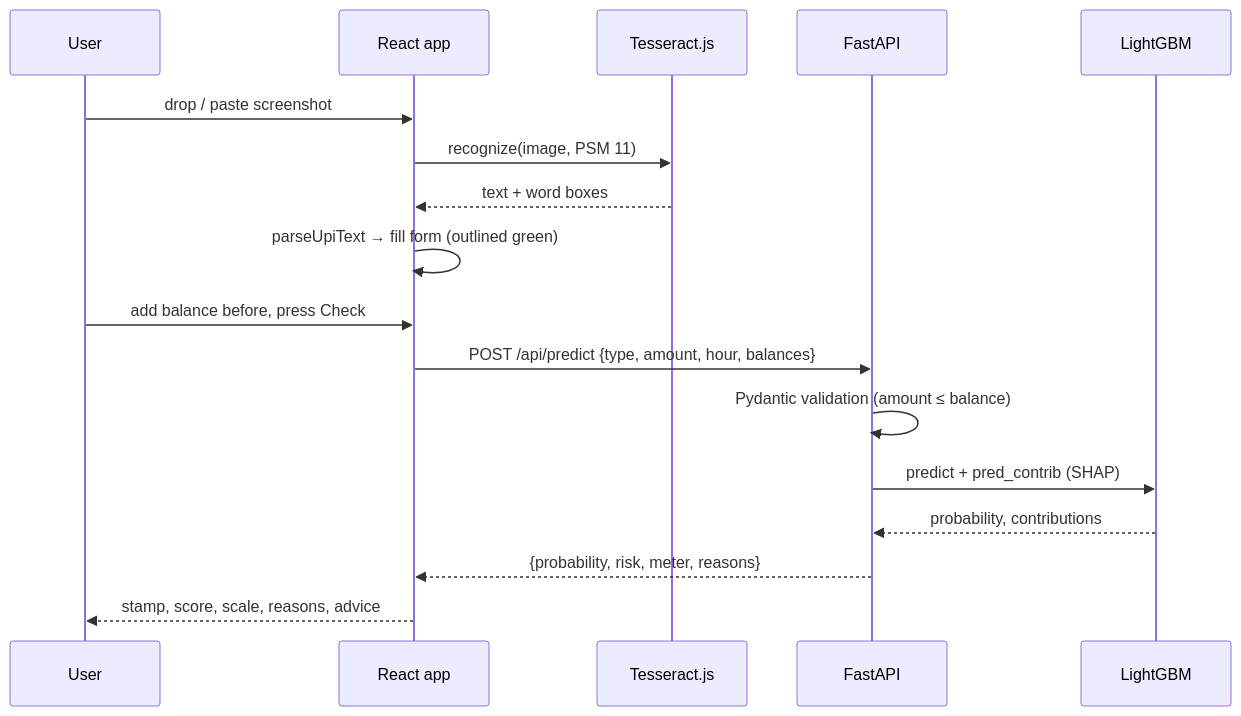
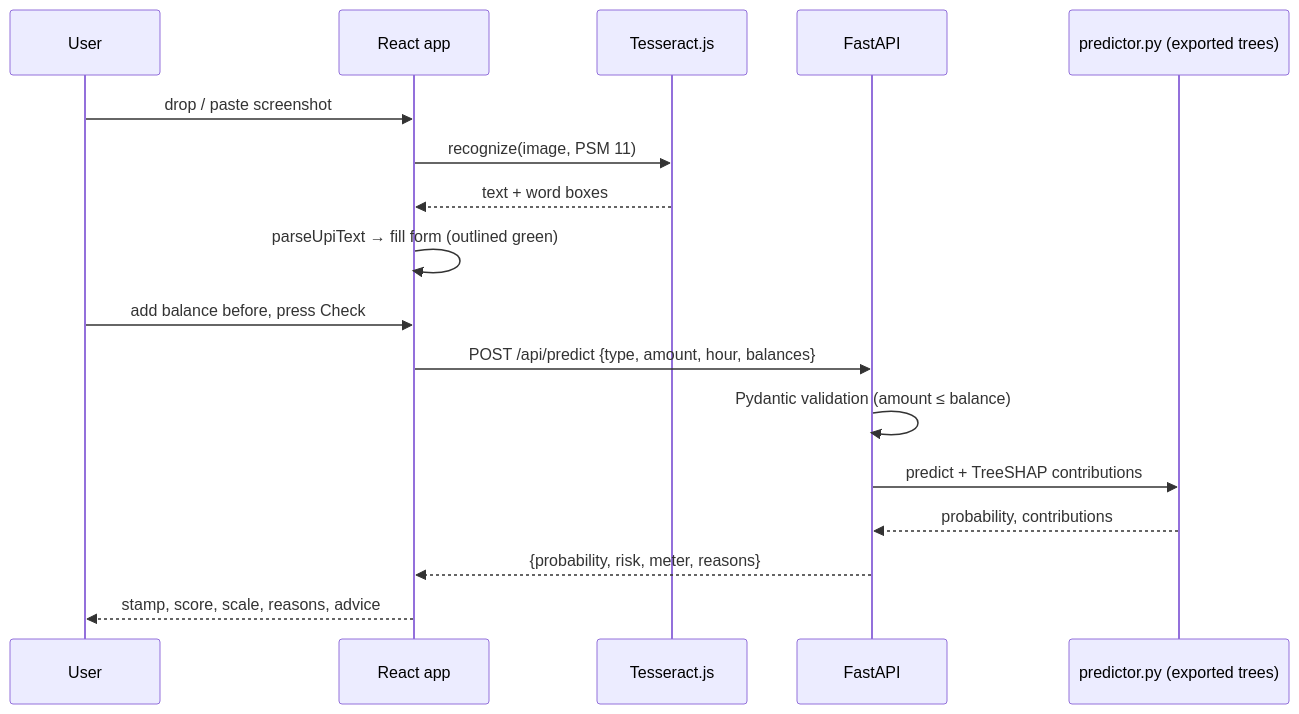
The second of 3 diagrams in docs/TRD.md (PrathmeshPawar2110/UPI_Fraud_Detection), drawn with Mermaid before and after one commit. The commit also changed other lines of this file and 19 other files, not shown here.

First line of the commit message:
Deploy to Vercel with GitHub Actions CI/CD; serve the model without LightGBM

````diff
--- a/docs/TRD.md
+++ b/docs/TRD.md
@@ -88,19 +88,19 @@
 ```mermaid
 sequenceDiagram
     participant User
     participant UI as React app
     participant OCR as Tesseract.js
     participant API as FastAPI
-    participant LGB as LightGBM
+    participant LGB as predictor.py (exported trees)
     User->>UI: drop / paste screenshot
     UI->>OCR: recognize(image, PSM 11)
     OCR-->>UI: text + word boxes
     UI->>UI: parseUpiText → fill form (outlined green)
     User->>UI: add balance before, press Check
     UI->>API: POST /api/predict {type, amount, hour, balances}
     API->>API: Pydantic validation (amount ≤ balance)
-    API->>LGB: predict + pred_contrib (SHAP)
+    API->>LGB: predict + TreeSHAP contributions
     LGB-->>API: probability, contributions
     API-->>UI: {probability, risk, meter, reasons}
     UI-->>User: stamp, score, scale, reasons, advice
 ```
````
